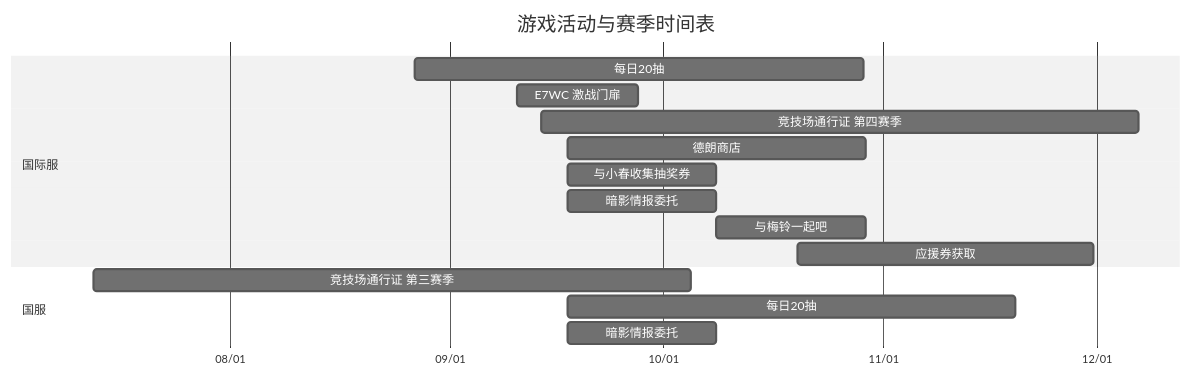
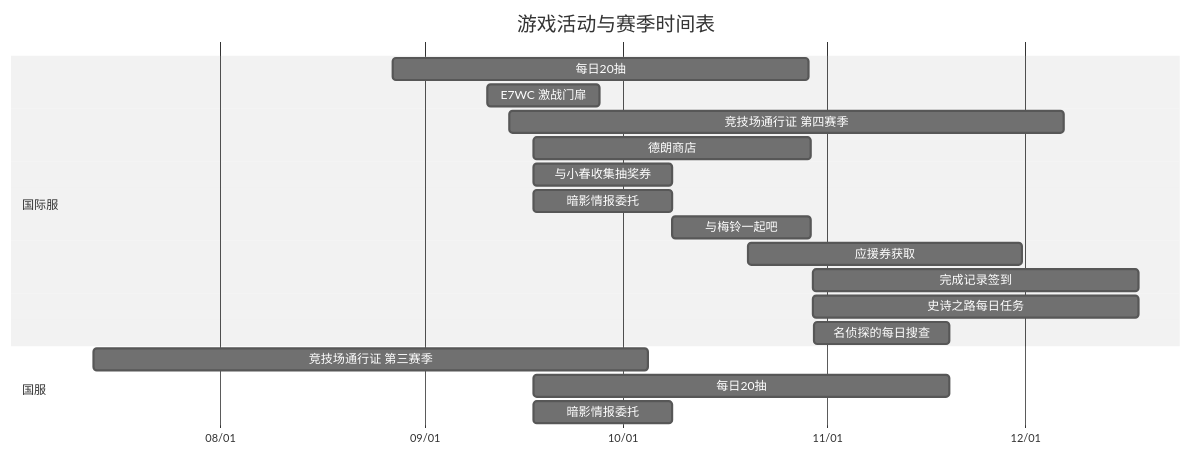
Before and after one commit to Rea1-ms/AutoEpicSeven: the diagram in tasks/activity/calendar.md, drawn with Mermaid (neutral theme). The commit also changed other lines of this file and 73 other files, not shown here.

````diff
--- a/tasks/activity/calendar.md
+++ b/tasks/activity/calendar.md
@@ -3,19 +3,22 @@
 ```mermaid
 gantt
     title 游戏活动与赛季时间表
     dateFormat YYYY-MM-DD HH:mm
     axisFormat %m/%d
     section 国际服
     每日20抽 :OVERSEA_free_gacha_20_2026_08_27, 2026-08-27 02:00, 2026-10-29 02:00
     E7WC 激战门扉 :OVERSEA_e7wc_battle_gate_2026_09_10, 2026-09-10 11:00, 2026-09-27 11:00
     竞技场通行证 第四赛季 :OVERSEA_arena_pass_oversea_2026_season_4, 2026-09-13 20:00, 2026-12-06 20:00
     德朗商店 :OVERSEA_huche_shop_2026_09_17, 2026-09-17 11:00, 2026-10-29 11:00
     与小春收集抽奖券 :OVERSEA_koharu_raffle_2026_09_17, 2026-09-17 11:00, 2026-10-08 11:00
     暗影情报委托 :OVERSEA_shadow_commission_2026_09_17, 2026-09-17 11:00, 2026-10-08 11:00
     与梅铃一起吧  :OVERSEA_meirin_reward_2026_10_08, 2026-10-08 11:00, 2026-10-29 11:00
     应援券获取 :OVERSEA_support_reward_2026_10_19, 2026-10-19 21:10, 2026-11-30 11:00
+    完成记录签到 :OVERSEA_completion_record_2026_10_29, 2026-10-29 20:37, 2026-12-18 02:00
+    史诗之路每日任务 :OVERSEA_epic_path_2026_10_29, 2026-10-29 20:37, 2026-12-18 02:00
+    名侦探的每日搜查 :OVERSEA_detective_search_2026_10_29, 2026-10-29 20:39, 2026-11-19 11:00
     section 国服
     竞技场通行证 第三赛季 :CN_arena_pass_cn_2026_season_3, 2026-07-12 20:00, 2026-10-04 20:00
     每日20抽 :CN_free_gacha_20_2026_08_27, 2026-09-17 11:00, 2026-11-19 11:00
     暗影情报委托 :CN_shadow_commission_2026_09_17, 2026-09-17 11:00, 2026-10-08 11:00
 ```
````
